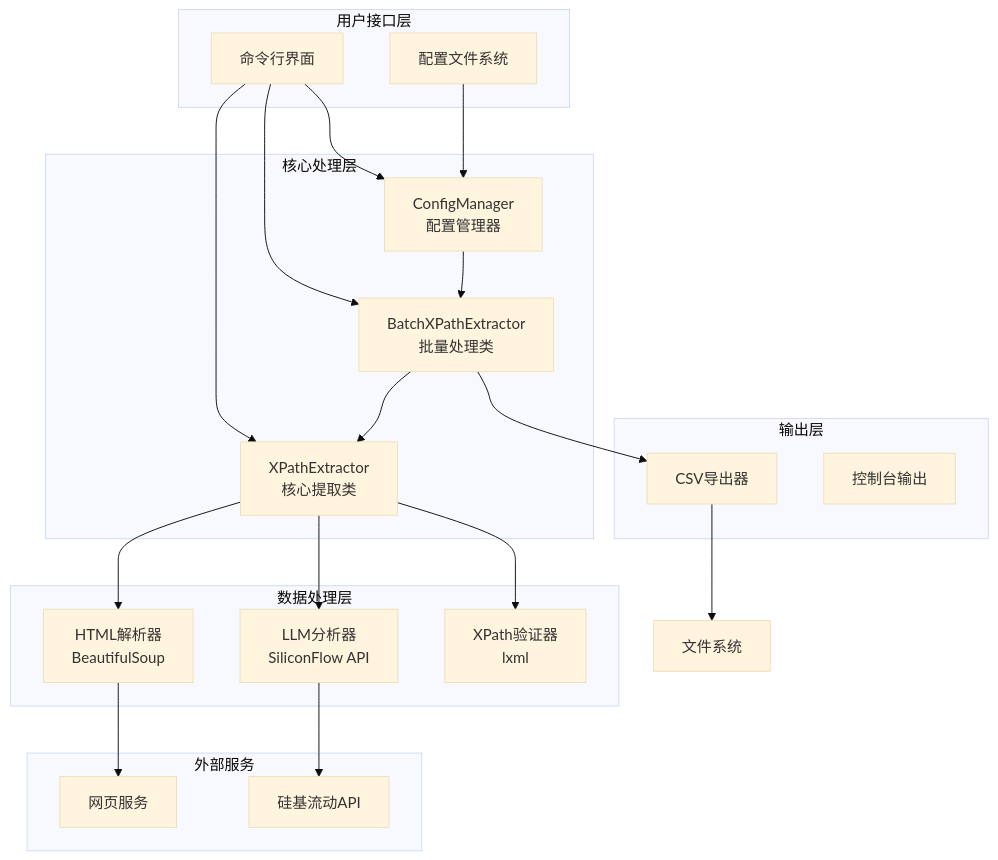
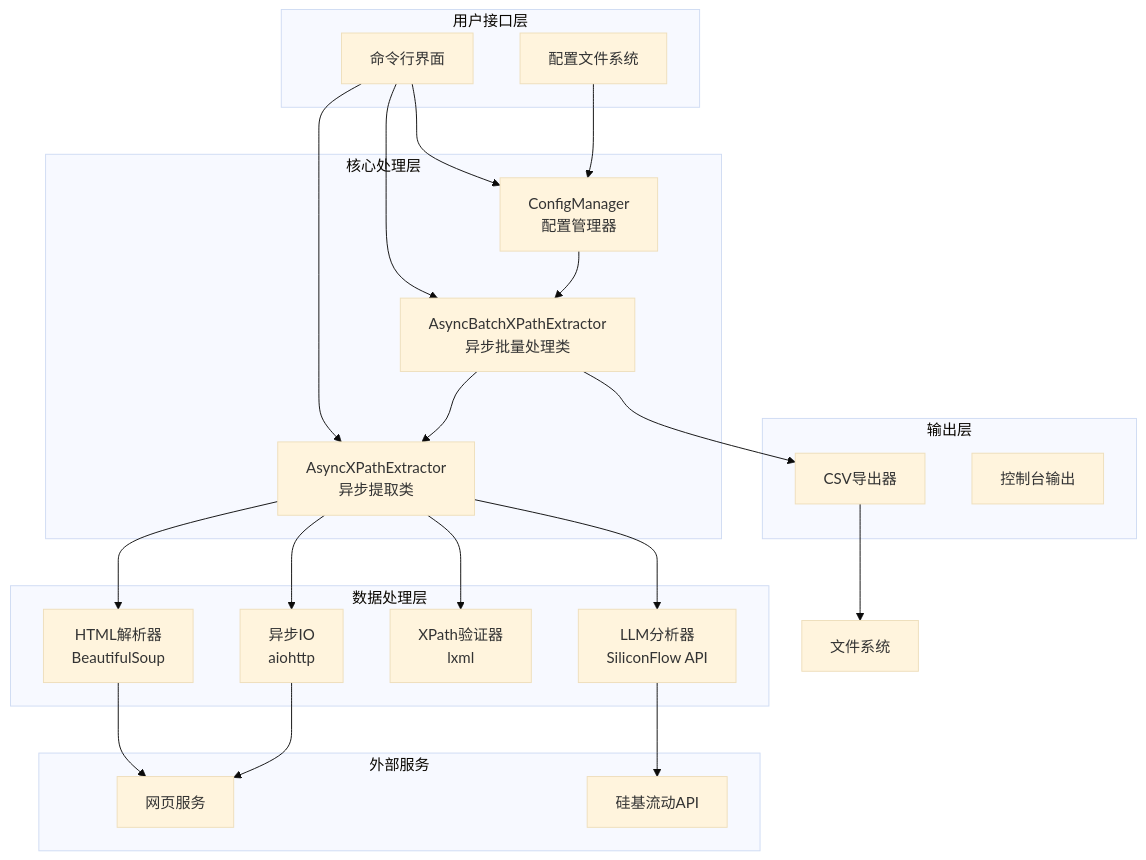
The first of 7 diagrams in ARCHITECTURE.md (manba024/XPathTool), drawn with Mermaid (base theme) before and after one commit. The commit also changed other lines of this file and 28 other files, not shown here.

````diff
--- a/ARCHITECTURE.md
+++ b/ARCHITECTURE.md
@@ -5,46 +5,49 @@
 ```mermaid
 graph TB
     subgraph "用户接口层"
         CLI[命令行界面]
         Config[配置文件系统]
     end
     
     subgraph "核心处理层"
-        XPE[XPathExtractor<br/>核心提取类]
-        BXPE[BatchXPathExtractor<br/>批量处理类]
+        AXPE[AsyncXPathExtractor<br/>异步提取类]
+        ABXPE[AsyncBatchXPathExtractor<br/>异步批量处理类]
         CM[ConfigManager<br/>配置管理器]
     end
     
     subgraph "数据处理层"
         HTML[HTML解析器<br/>BeautifulSoup]
         LLM[LLM分析器<br/>SiliconFlow API]
         XPath[XPath验证器<br/>lxml]
+        AsyncIO[异步IO<br/>aiohttp]
     end
     
     subgraph "输出层"
         CSV[CSV导出器]
         Console[控制台输出]
     end
     
     subgraph "外部服务"
         Web[网页服务]
         API[硅基流动API]
     end
     
-    CLI --> XPE
-    CLI --> BXPE
+    CLI --> AXPE
+    CLI --> ABXPE
     CLI --> CM
     Config --> CM
-    CM --> BXPE
+    CM --> ABXPE
     
-    XPE --> HTML
-    XPE --> LLM
-    XPE --> XPath
+    AXPE --> HTML
+    AXPE --> LLM
+    AXPE --> XPath
+    AXPE --> AsyncIO
     
-    BXPE --> XPE
-    BXPE --> CSV
+    ABXPE --> AXPE
+    ABXPE --> CSV
     
     HTML --> Web
     LLM --> API
+    AsyncIO --> Web
     CSV --> File[文件系统]
 ```
````
